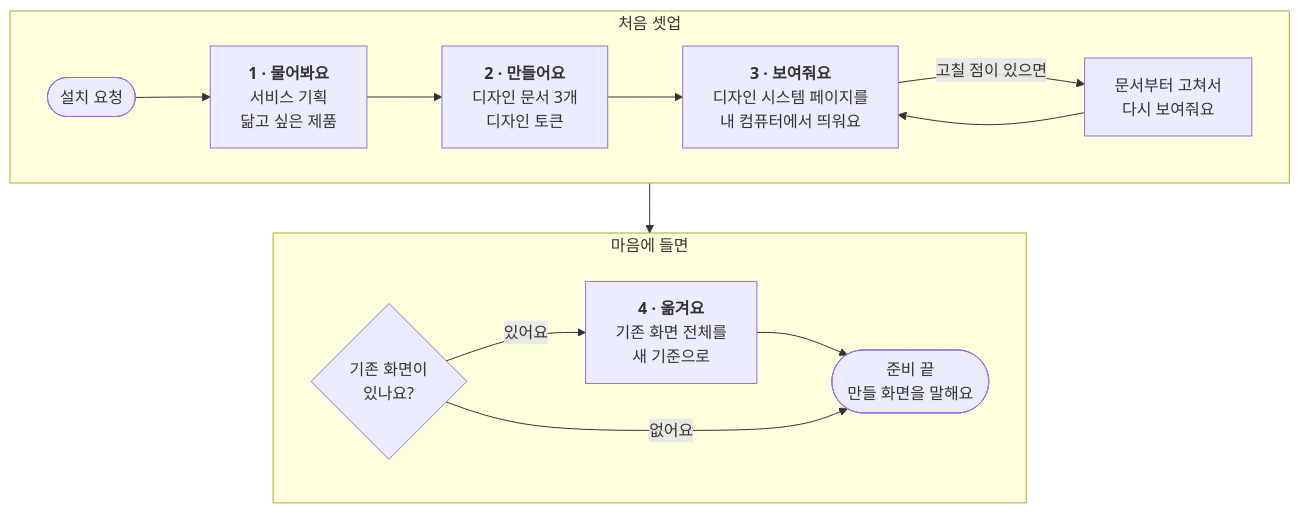
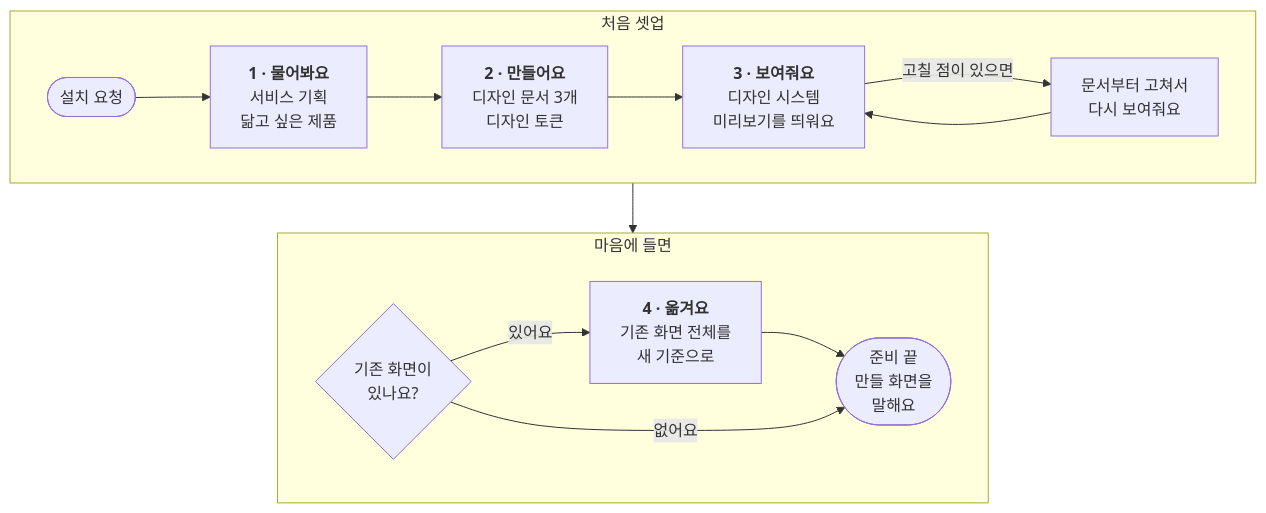
The diagram in README.md (ELI-LDS/ELI), drawn with Mermaid before and after one commit.

Commit message:
docs(readme): 다이어그램 문구가 어색하게 줄바꿈되지 않도록 줄이기

````diff
--- a/README.md
+++ b/README.md
@@ -44,18 +44,18 @@
 ```mermaid
 flowchart TB
   subgraph R1["처음 셋업"]
     direction LR
     A(["설치 요청"]) --> B["<b>1 · 물어봐요</b><br/>서비스 기획<br/>닮고 싶은 제품"]
     B --> C["<b>2 · 만들어요</b><br/>디자인 문서 3개<br/>디자인 토큰"]
-    C --> D["<b>3 · 보여줘요</b><br/>디자인 시스템 페이지를<br/>내 컴퓨터에서 띄워요"]
+    C --> D["<b>3 · 보여줘요</b><br/>디자인 시스템<br/>미리보기를 띄워요"]
     D -- "고칠 점이 있으면" --> E["문서부터 고쳐서<br/>다시 보여줘요"]
     E --> D
   end
   subgraph R2["마음에 들면"]
     direction LR
     F{"기존 화면이<br/>있나요?"} -- "있어요" --> G["<b>4 · 옮겨요</b><br/>기존 화면 전체를<br/>새 기준으로"]
-    G --> H(["준비 끝<br/>만들 화면을 말해요"])
+    G --> H(["준비 끝<br/>만들 화면을<br/>말해요"])
     F -- "없어요" --> H
   end
   R1 --> R2
 ```
````
